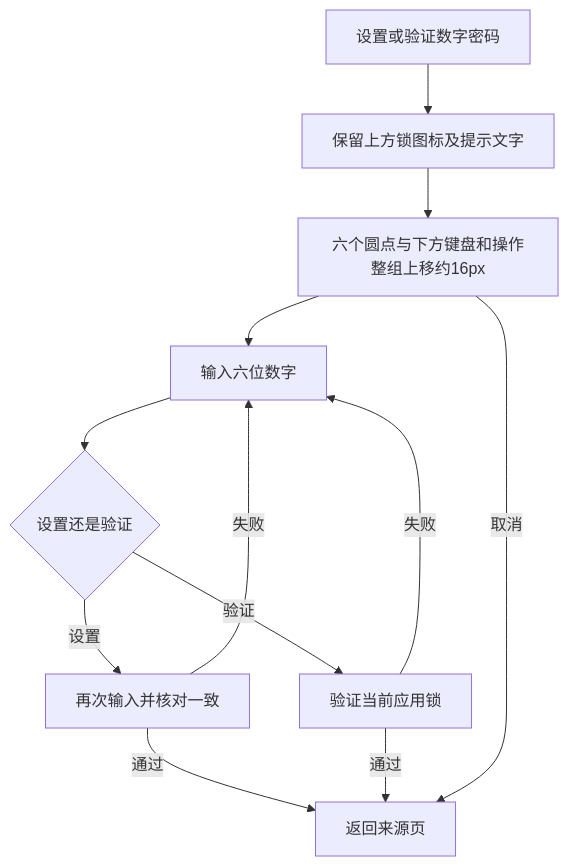
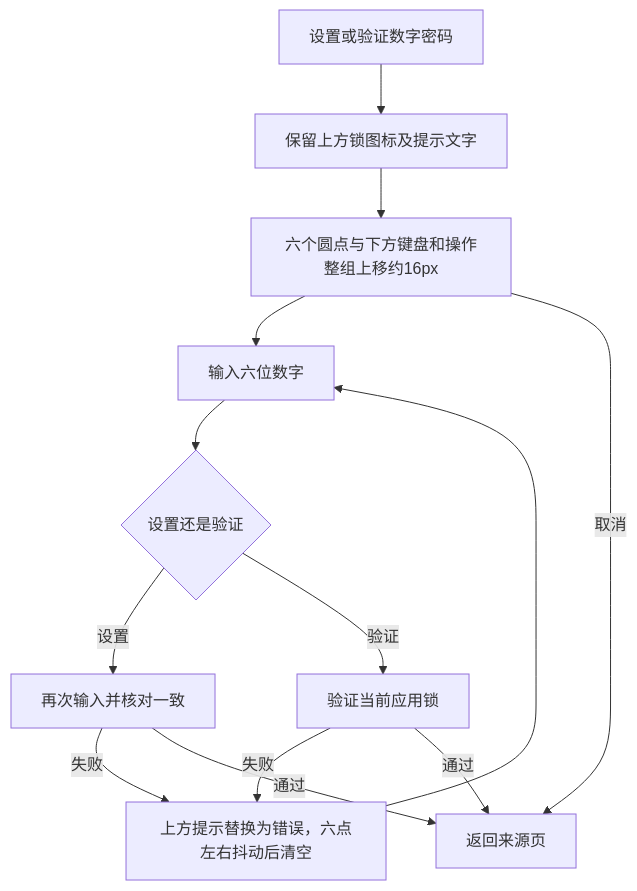
One commit to zdaiwmm/shui-IM changed the sixth of 6 diagrams in docs/requirements/2026-10-23-settings-17-prototype/flow.md. Above: the diagram before and after it, drawn with Mermaid. The commit also changed other lines of this file and 6 other files, not shown here.

````diff
--- a/docs/requirements/2026-10-23-settings-17-prototype/flow.md
+++ b/docs/requirements/2026-10-23-settings-17-prototype/flow.md
@@ -123,14 +123,15 @@
 ```mermaid
 flowchart TD
   A[设置或验证数字密码] --> B[保留上方锁图标及提示文字]
   B --> C[六个圆点与下方键盘和操作整组上移约16px]
   C --> D[输入六位数字]
   D --> E{设置还是验证}
   E -->|设置| F[再次输入并核对一致]
   E -->|验证| G[验证当前应用锁]
-  F -->|失败| D
-  G -->|失败| D
+  F -->|失败| I[上方提示替换为错误，六点左右抖动后清空]
+  G -->|失败| I
+  I --> D
   F -->|通过| H[返回来源页]
   G -->|通过| H
   C -->|取消| H
 ```
````
